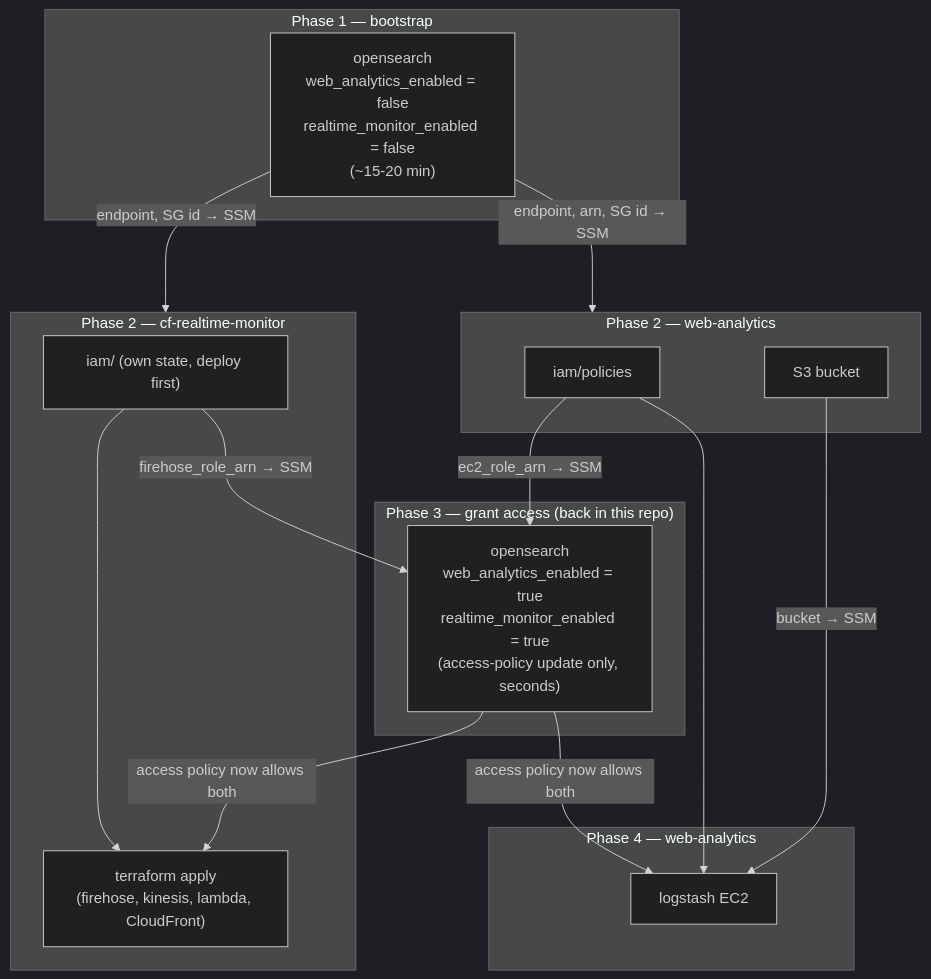
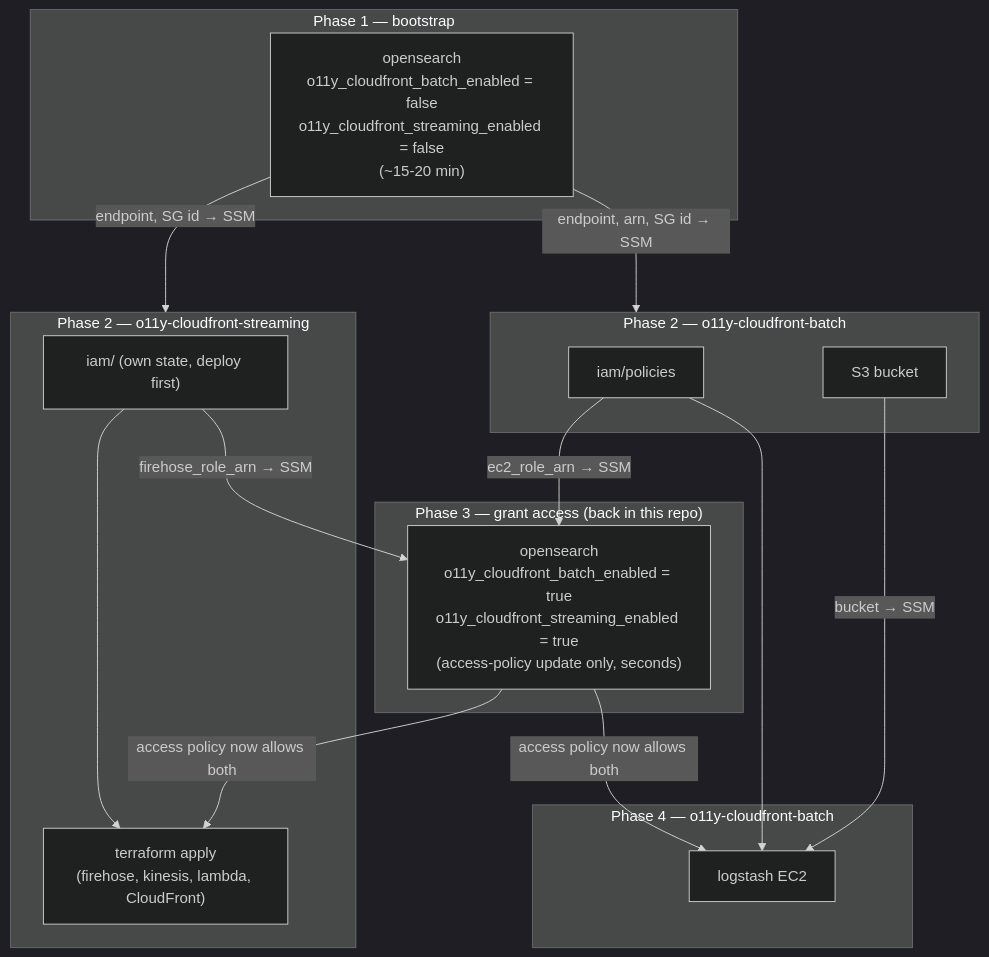
Before and after one commit to NASA-PDS/o11y-platform: the second of 2 diagrams in terraform/README.md, drawn with Mermaid (dark theme). The commit also changed other lines of this file and 13 other files, not shown here.

First line of the commit message:
Rename consumers to o11y-cloudfront-batch/streaming, move EC2 ingress to standalone rule

````diff
--- a/terraform/README.md
+++ b/terraform/README.md
@@ -52,34 +52,34 @@
 ```mermaid
 flowchart TD
     subgraph p1["Phase 1 — bootstrap"]
-        OS1["opensearch\nweb_analytics_enabled = false\nrealtime_monitor_enabled = false\n(~15-20 min)"]
+        OS1["opensearch\no11y_cloudfront_batch_enabled = false\no11y_cloudfront_streaming_enabled = false\n(~15-20 min)"]
     end
 
-    subgraph p2wa["Phase 2 — web-analytics"]
+    subgraph p2wa["Phase 2 — o11y-cloudfront-batch"]
         IAM["iam/policies"]
         S3["S3 bucket"]
     end
 
-    subgraph p2cf["Phase 2 — cf-realtime-monitor"]
+    subgraph p2cf["Phase 2 — o11y-cloudfront-streaming"]
         CFIAM["iam/ (own state, deploy first)"]
         CFMAIN["terraform apply\n(firehose, kinesis, lambda, CloudFront)"]
         CFIAM --> CFMAIN
     end
 
     subgraph p3["Phase 3 — grant access (back in this repo)"]
-        OS2["opensearch\nweb_analytics_enabled = true\nrealtime_monitor_enabled = true\n(access-policy update only, seconds)"]
+        OS2["opensearch\no11y_cloudfront_batch_enabled = true\no11y_cloudfront_streaming_enabled = true\n(access-policy update only, seconds)"]
     end
 
-    subgraph p4["Phase 4 — web-analytics"]
+    subgraph p4["Phase 4 — o11y-cloudfront-batch"]
         LS["logstash EC2"]
     end
 
     OS1 -->|"endpoint, arn, SG id → SSM"| p2wa
     OS1 -->|"endpoint, SG id → SSM"| p2cf
     IAM -->|"ec2_role_arn → SSM"| OS2
     CFIAM -->|"firehose_role_arn → SSM"| OS2
     OS2 -->|"access policy now allows both"| LS
     OS2 -->|"access policy now allows both"| CFMAIN
     IAM --> LS
     S3 -->|"bucket → SSM"| LS
 ```
````
